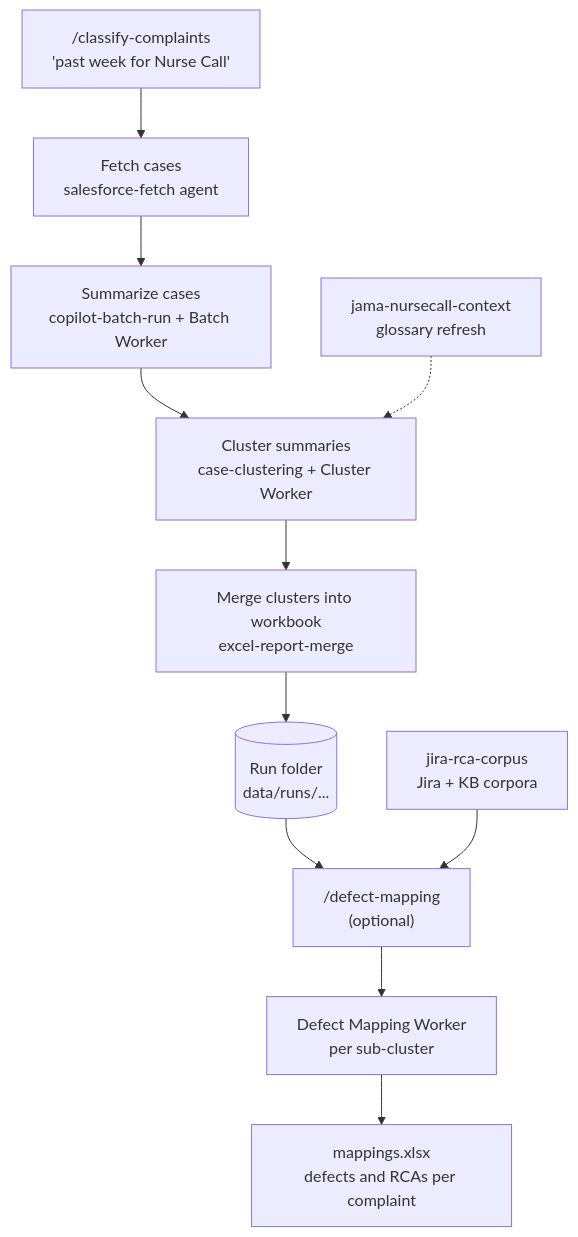
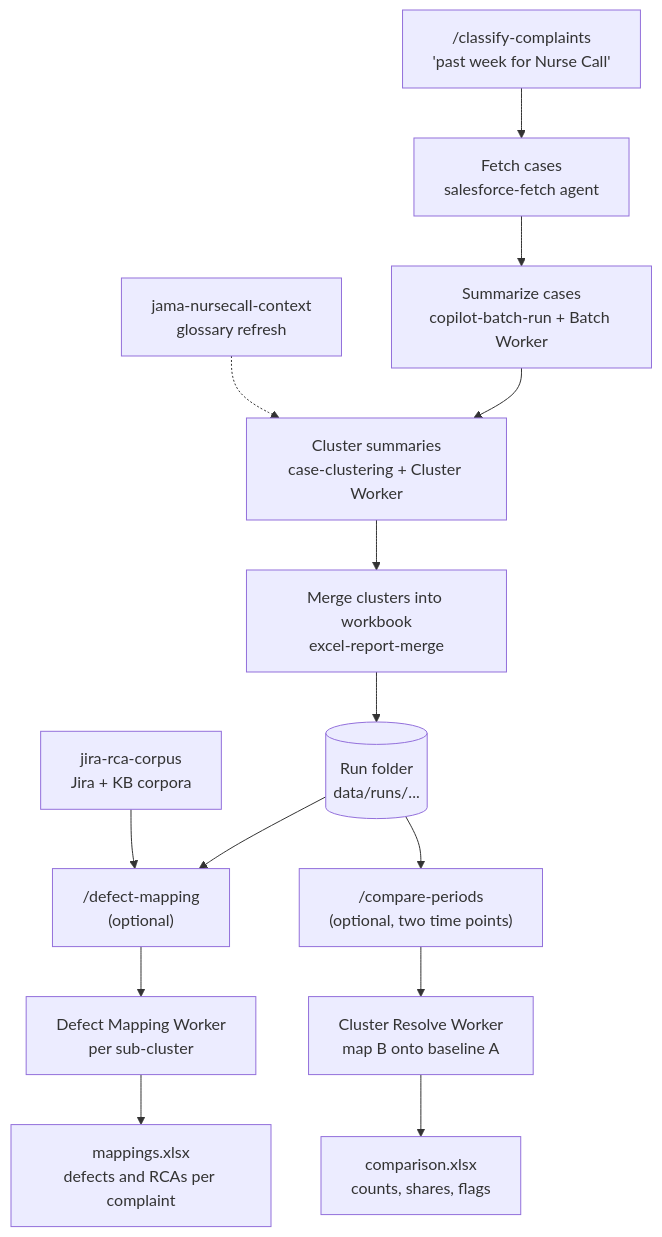
Before and after one commit to sobczyd/cc-complaint-analyzer: the diagram in README.md, drawn with Mermaid. The commit also changed other lines of this file and 15 other files, not shown here.

First line of the commit message:
Add compare-periods skill with cluster_resolve prompt and workflow

````diff
--- a/README.md
+++ b/README.md
@@ -24,13 +24,16 @@
 ```mermaid
 flowchart TD
     A["/classify-complaints<br/>'past week for Nurse Call'"] --> B[Fetch cases<br/>salesforce-fetch agent]
     B --> C[Summarize cases<br/>copilot-batch-run + Batch Worker]
     C --> D[Cluster summaries<br/>case-clustering + Cluster Worker]
     D --> E[Merge clusters into workbook<br/>excel-report-merge]
     E --> F[(Run folder<br/>data/runs/...)]
     F --> G["/defect-mapping<br/>(optional)"]
+    F --> L["/compare-periods<br/>(optional, two time points)"]
+    L --> M[Cluster Resolve Worker<br/>map B onto baseline A]
+    M --> N[comparison.xlsx<br/>counts, shares, flags]
     J[jira-rca-corpus<br/>Jira + KB corpora] --> G
     G --> H[Defect Mapping Worker<br/>per sub-cluster]
     H --> I[mappings.xlsx<br/>defects and RCAs per complaint]
     K[jama-nursecall-context<br/>glossary refresh] -.-> D
 ```
````
